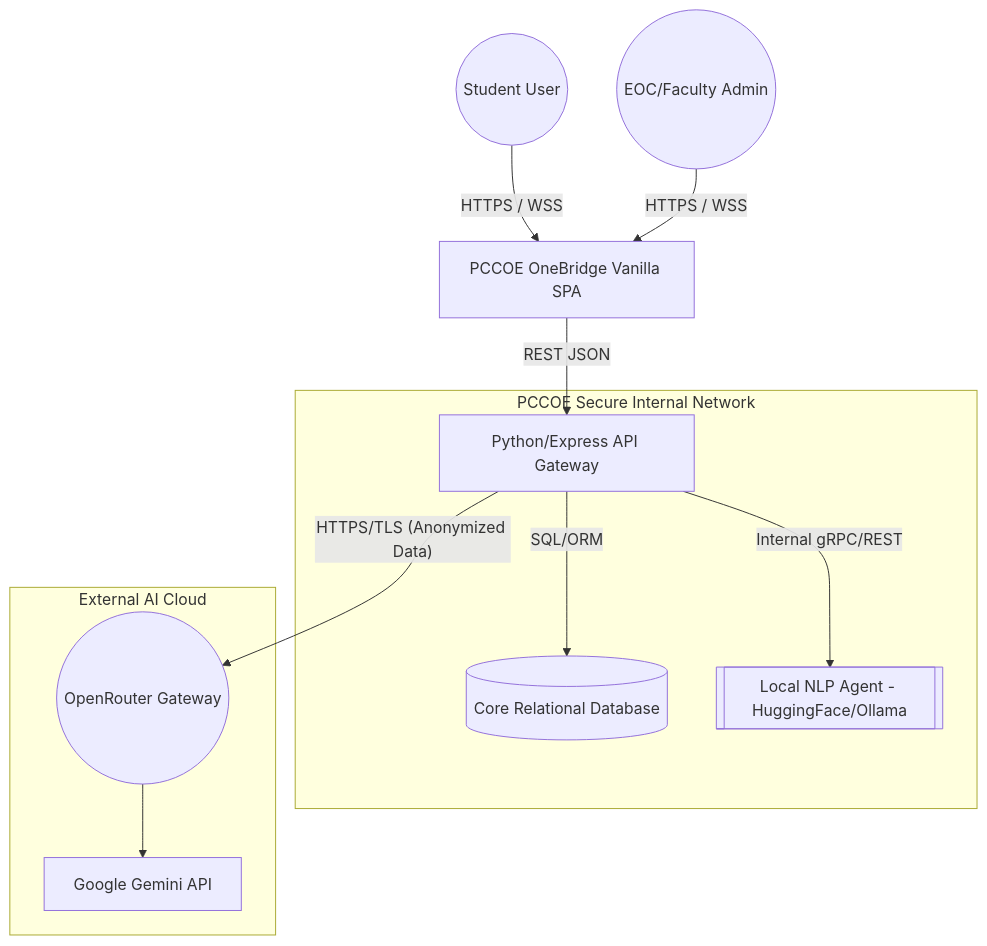
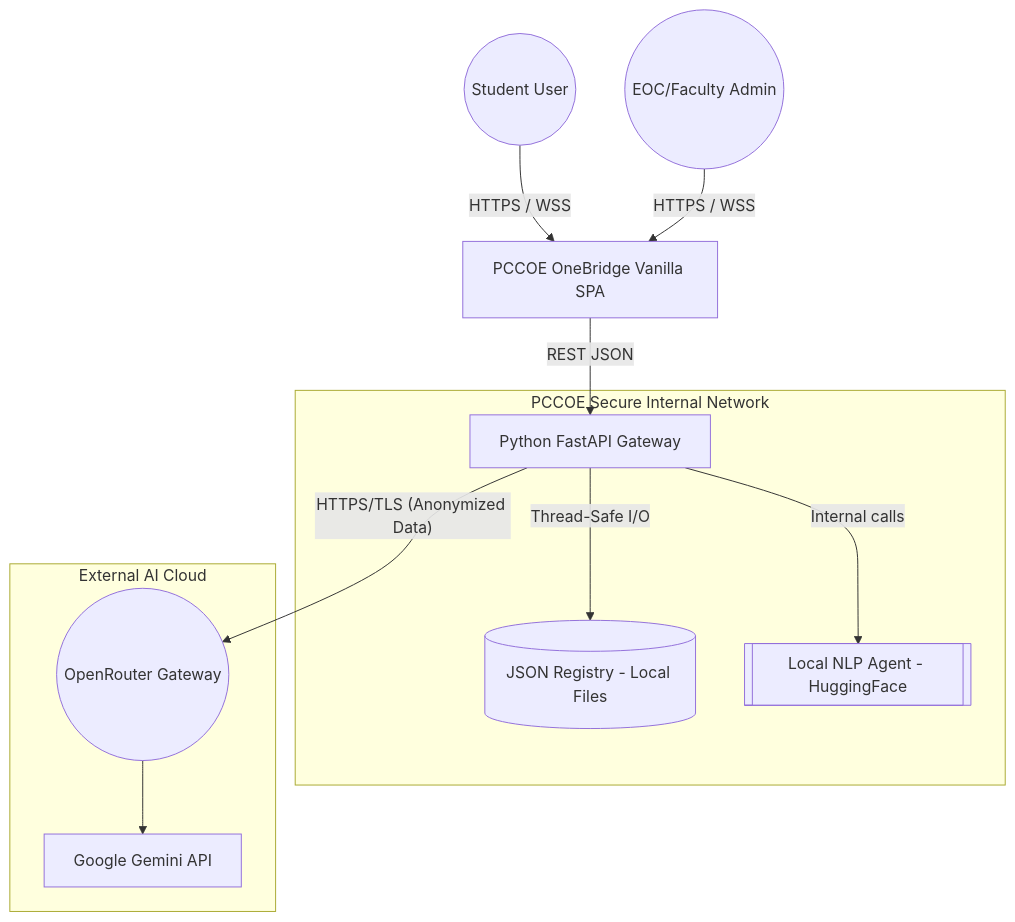
Before and after one commit to abhishekeb211/pccoe-onebridge: the first of 3 diagrams in architecture.md, drawn with Mermaid. The commit also changed other lines of this file and 45 other files, not shown here.

````diff
--- a/architecture.md
+++ b/architecture.md
@@ -9,33 +9,33 @@
 ```mermaid
 graph TD
     %% User Nodes
     Student((Student User))
     Admin((EOC/Faculty Admin))
 
     %% Frontend App
     SPA[PCCOE OneBridge Vanilla SPA]
 
     %% Main Backend
     subgraph PCCOE Secure Intranet [PCCOE Secure Internal Network]
-        Gateway[Python/Express API Gateway]
-        DB[(Core Relational Database)]
-        LocalAI[[Local NLP Agent - HuggingFace/Ollama]]
+        Gateway[Python FastAPI Gateway]
+        DB[(JSON Registry - Local Files)]
+        LocalAI[[Local NLP Agent - HuggingFace]]
     end
 
     %% External Systems
     subgraph External Cloud [External AI Cloud]
         OpenRouter((OpenRouter Gateway))
         Gemini[Google Gemini API]
     end
 
     %% Flow Path
     Student -- HTTPS / WSS --> SPA
     Admin -- HTTPS / WSS --> SPA
     
     SPA -- REST JSON --> Gateway
-    Gateway -- SQL/ORM --> DB
+    Gateway -- Thread-Safe I/O --> DB
     
-    Gateway -- Internal gRPC/REST --> LocalAI
+    Gateway -- Internal calls --> LocalAI
     Gateway -- HTTPS/TLS (Anonymized Data) --> OpenRouter
     OpenRouter --> Gemini
 ```
````
